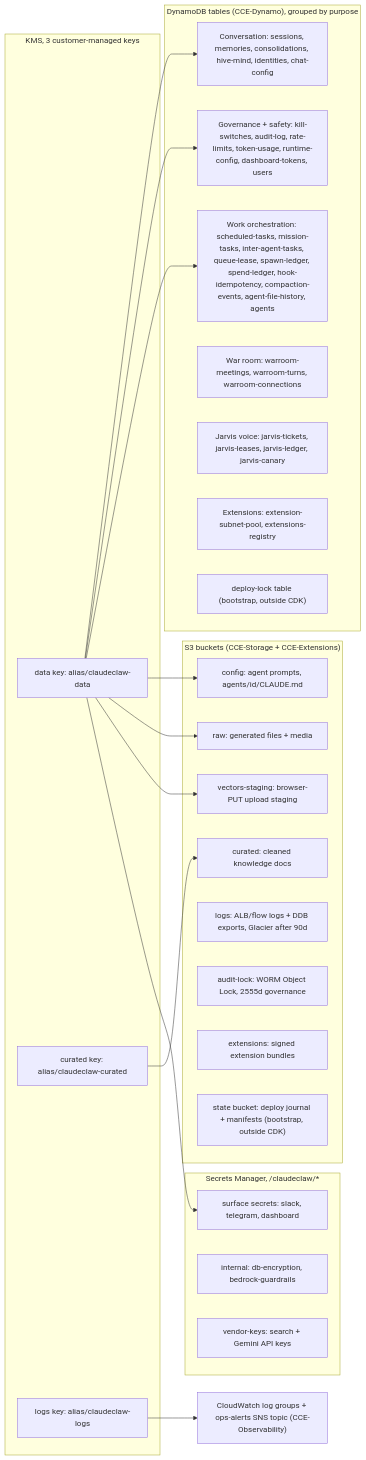
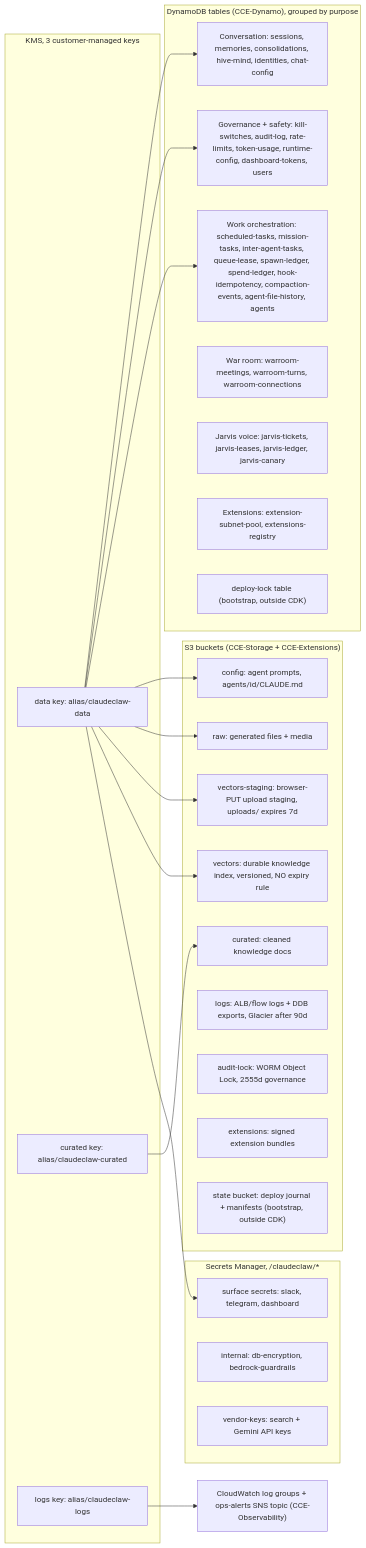
Before and after one commit to Adams-Captial-Holdings-Ltd/Netzer-Labs: the diagram in docs/diagrams/architecture-data.md, drawn with Mermaid. The commit also changed other lines of this file and 4 other files, not shown here.

First line of the commit message:
docs(diagrams): draw the durable vectors bucket, record the rest as unaffected

````diff
--- a/docs/diagrams/architecture-data.md
+++ b/docs/diagrams/architecture-data.md
@@ -5,47 +6,49 @@
 ```mermaid
 flowchart LR
   subgraph s3["S3 buckets (CCE-Storage + CCE-Extensions)"]
     CONFIGB["config: agent prompts, agents/id/CLAUDE.md"]
     RAWB["raw: generated files + media"]
     CURATEDB["curated: cleaned knowledge docs"]
-    VECSTAGE["vectors-staging: browser-PUT upload staging"]
+    VECSTAGE["vectors-staging: browser-PUT upload staging, uploads/ expires 7d"]
+    VECB["vectors: durable knowledge index, versioned, NO expiry rule"]
     LOGSB["logs: ALB/flow logs + DDB exports, Glacier after 90d"]
     AUDITB["audit-lock: WORM Object Lock, 2555d governance"]
     EXTB["extensions: signed extension bundles"]
     STATEB["state bucket: deploy journal + manifests (bootstrap, outside CDK)"]
   end
 
   subgraph ddb["DynamoDB tables (CCE-Dynamo), grouped by purpose"]
     CONVO["Conversation: sessions, memories, consolidations, hive-mind, identities, chat-config"]
     GOV["Governance + safety: kill-switches, audit-log, rate-limits, token-usage, runtime-config, dashboard-tokens, users"]
     WORK["Work orchestration: scheduled-tasks, mission-tasks, inter-agent-tasks, queue-lease, spawn-ledger, spend-ledger, hook-idempotency, compaction-events, agent-file-history, agents"]
     WARROOM["War room: warroom-meetings, warroom-turns, warroom-connections"]
     JARVIS["Jarvis voice: jarvis-tickets, jarvis-leases, jarvis-ledger, jarvis-canary"]
     EXTT["Extensions: extension-subnet-pool, extensions-registry"]
     LOCKT["deploy-lock table (bootstrap, outside CDK)"]
   end
 
   subgraph kms["KMS, 3 customer-managed keys"]
     DATAKEY["data key: alias/claudeclaw-data"]
     CURATEDKEY["curated key: alias/claudeclaw-curated"]
     LOGSKEY["logs key: alias/claudeclaw-logs"]
   end
 
   CWLOGS["CloudWatch log groups + ops-alerts SNS topic (CCE-Observability)"]
 
   subgraph sm["Secrets Manager, /claudeclaw/*"]
     SURFSEC["surface secrets: slack, telegram, dashboard"]
     INTSEC["internal: db-encryption, bedrock-guardrails"]
     VENDSEC["vendor-keys: search + Gemini API keys"]
   end
 
   DATAKEY --> CONVO
   DATAKEY --> GOV
   DATAKEY --> WORK
   DATAKEY --> CONFIGB
   DATAKEY --> RAWB
   DATAKEY --> VECSTAGE
+  DATAKEY --> VECB
   DATAKEY --> SURFSEC
   CURATEDKEY --> CURATEDB
   LOGSKEY --> CWLOGS
 ```
````
